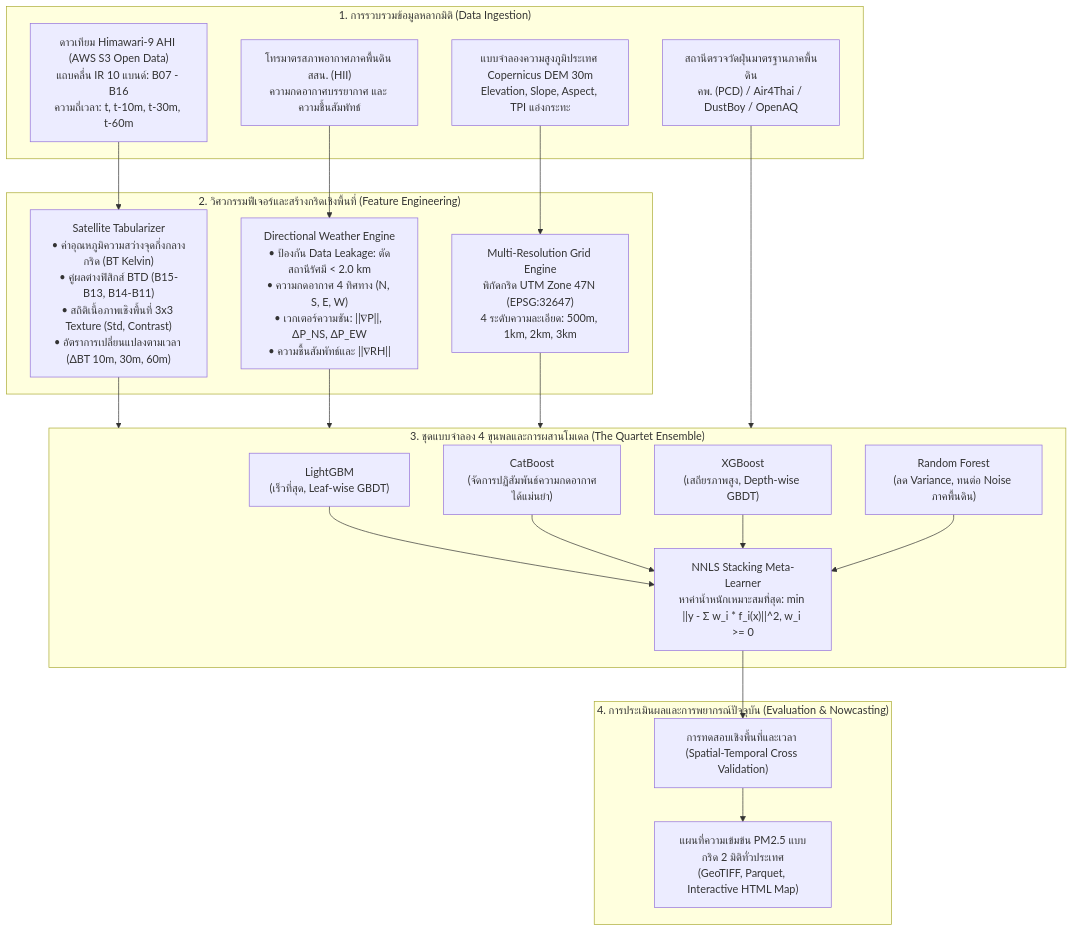
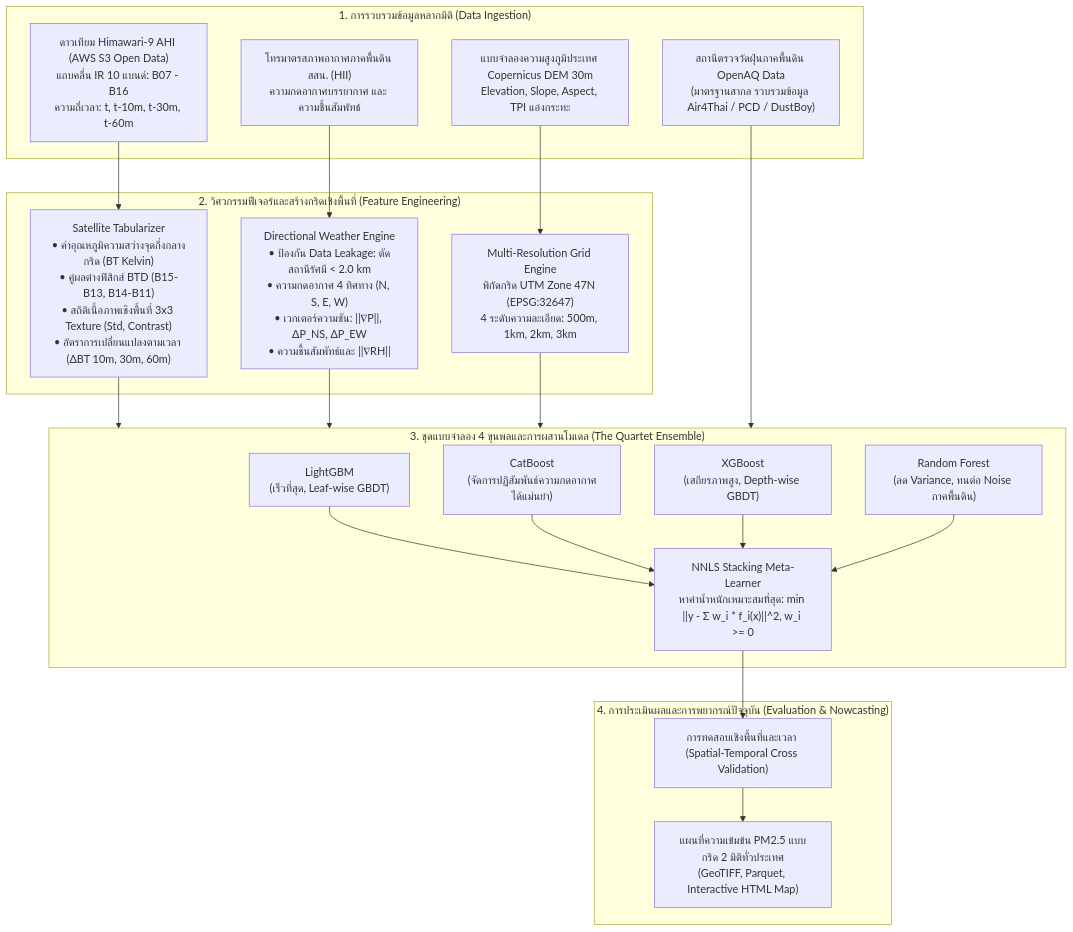
The diagram in README.md (korarit/dust-from-satellite-image-thailand), drawn with Mermaid before and after one commit. The commit also changed other lines of this file, not shown here.

Commit message:
docs: clarify ground truth provenance as unified OpenAQ data

````diff
--- a/README.md
+++ b/README.md
@@ -64,35 +64,35 @@
 ```mermaid
 flowchart TD
     subgraph DataSources ["1. การรวบรวมข้อมูลหลากมิติ (Data Ingestion)"]
         H9["ดาวเทียม Himawari-9 AHI (AWS S3 Open Data)<br>แถบคลื่น IR 10 แบนด์: B07 - B16<br>ความถี่เวลา: t, t-10m, t-30m, t-60m"]
         HII["โทรมาตรสภาพอากาศภาคพื้นดิน สสน. (HII)<br>ความกดอากาศบรรยากาศ และ ความชื้นสัมพัทธ์"]
         DEM["แบบจำลองความสูงภูมิประเทศ Copernicus DEM 30m<br>Elevation, Slope, Aspect, TPI แอ่งกระทะ"]
-        GT["สถานีตรวจวัดฝุ่นมาตรฐานภาคพื้นดิน<br>คพ. (PCD) / Air4Thai / DustBoy / OpenAQ"]
+        GT["สถานีตรวจวัดฝุ่นภาคพื้นดิน OpenAQ Data<br>(มาตรฐานสากล รวบรวมข้อมูล Air4Thai / PCD / DustBoy)"]
     end
 
     subgraph FeatureEngineering ["2. วิศวกรรมฟีเจอร์และสร้างกริดเชิงพื้นที่ (Feature Engineering)"]
         SatTab["Satellite Tabularizer<br>• ค่าอุณหภูมิความสว่างจุดกึ่งกลางกริด (BT Kelvin)<br>• คู่ผลต่างฟิสิกส์ BTD (B15-B13, B14-B11)<br>• สถิติเนื้อภาพเชิงพื้นที่ 3x3 Texture (Std, Contrast)<br>• อัตราการเปลี่ยนแปลงตามเวลา (ΔBT 10m, 30m, 60m)"]
         DirPress["Directional Weather Engine<br>• ป้องกัน Data Leakage: ตัดสถานีรัศมี < 2.0 km<br>• ความกดอากาศ 4 ทิศทาง (N, S, E, W)<br>• เวกเตอร์ความชัน: ||∇P||, ΔP_NS, ΔP_EW<br>• ความชื้นสัมพัทธ์และ ||∇RH||"]
         GridEng["Multi-Resolution Grid Engine<br>พิกัดกริด UTM Zone 47N (EPSG:32647)<br>4 ระดับความละเอียด: 500m, 1km, 2km, 3km"]
     end
 
     subgraph ModelingSuite ["3. ชุดแบบจำลอง 4 ขุนพลและการผสานโมเดล (The Quartet Ensemble)"]
         LGB["LightGBM<br>(เร็วที่สุด, Leaf-wise GBDT)"]
         CAT["CatBoost<br>(จัดการปฏิสัมพันธ์ความกดอากาศได้แม่นยำ)"]
         XGB["XGBoost<br>(เสถียรภาพสูง, Depth-wise GBDT)"]
         RF["Random Forest<br>(ลด Variance, ทนต่อ Noise ภาคพื้นดิน)"]
         Meta["NNLS Stacking Meta-Learner<br>หาค่าน้ำหนักเหมาะสมที่สุด: min ||y - Σ w_i * f_i(x)||^2, w_i >= 0"]
     end
 
     subgraph EvaluationInference ["4. การประเมินผลและการพยากรณ์ปัจจุบัน (Evaluation & Nowcasting)"]
         CV["การทดสอบเชิงพื้นที่และเวลา (Spatial-Temporal Cross Validation)"]
         Map["แผนที่ความเข้มข้น PM2.5 แบบกริด 2 มิติทั่วประเทศ<br>(GeoTIFF, Parquet, Interactive HTML Map)"]
     end
 
     H9 --> SatTab
     HII --> DirPress
     DEM --> GridEng
     SatTab & DirPress & GridEng & GT --> ModelingSuite
     LGB & CAT & XGB & RF --> Meta
     Meta --> CV --> Map
 ```
````
